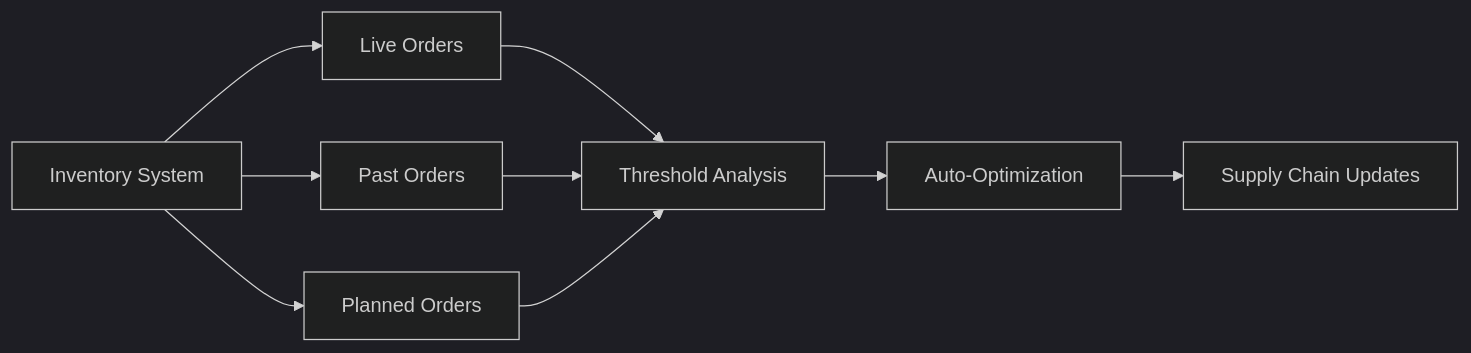
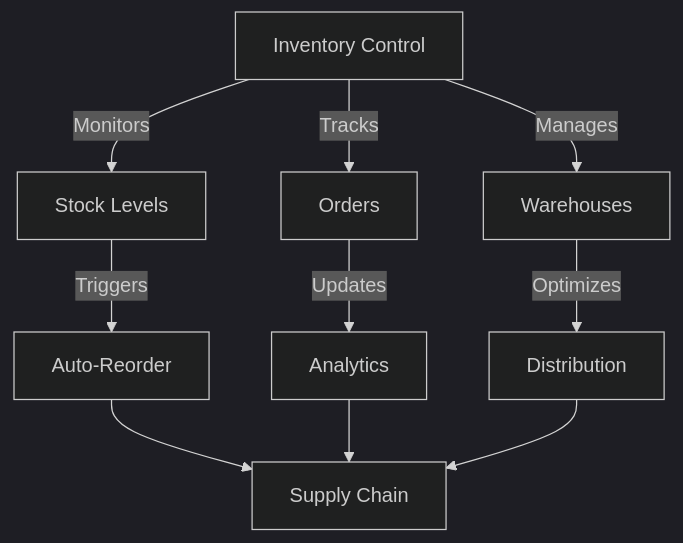
One commit to spbarathg/frontend-initials changed the second of 3 diagrams in README.md. Above: the diagram before and after it, drawn with Mermaid (dark theme). The commit also changed other lines of this file, not shown here.

````diff
--- a/README.md
+++ b/README.md
@@ -45,11 +67,14 @@
 ```mermaid
-graph LR
-    A[Inventory System] --> B[Live Orders]
-    A --> C[Past Orders]
-    A --> D[Planned Orders]
-    B --> E[Threshold Analysis]
-    C --> E
-    D --> E
-    E --> F[Auto-Optimization]
-    F --> G[Supply Chain Updates]
+graph TB
+    A[Inventory Control] -->|Monitors| B[Stock Levels]
+    A -->|Tracks| C[Orders]
+    A -->|Manages| D[Warehouses]
+    
+    B -->|Triggers| E[Auto-Reorder]
+    C -->|Updates| F[Analytics]
+    D -->|Optimizes| G[Distribution]
+    
+    E --> H[Supply Chain]
+    F --> H
+    G --> H
 ```
````
